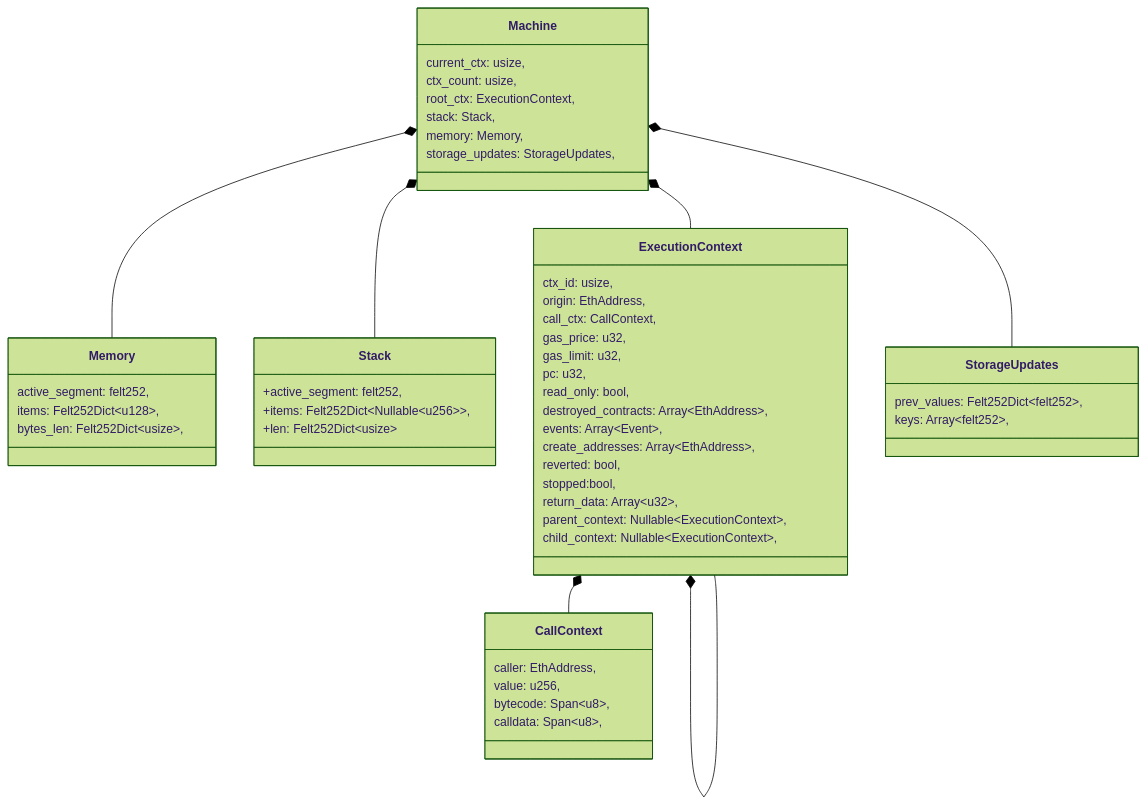
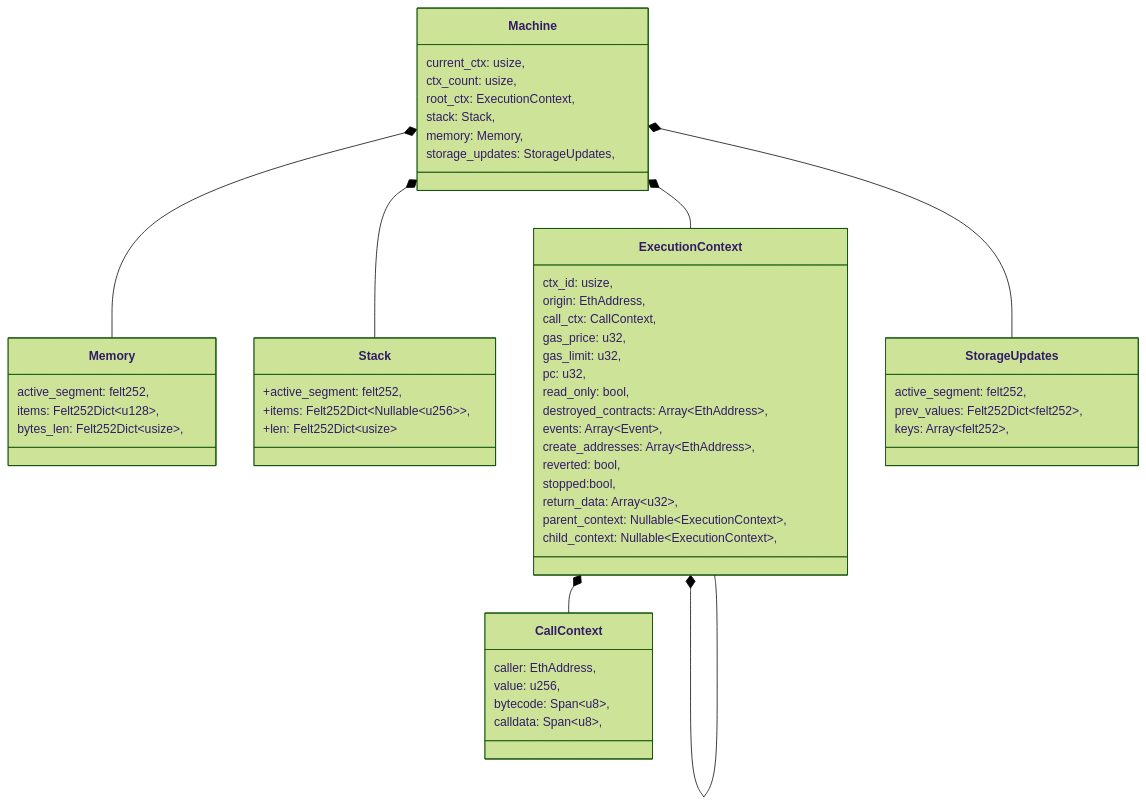
The diagram in docs/general/model/machine.md (kkrt-labs/kakarot-ssj), drawn with Mermaid (forest theme) before and after one commit. The commit also changed other lines of this file, not shown here.

````diff
--- a/docs/general/model/machine.md
+++ b/docs/general/model/machine.md
@@ -43,61 +43,62 @@
 ```mermaid
 classDiagram
     class Machine{
         current_ctx: usize,
         ctx_count: usize,
         root_ctx: ExecutionContext,
         stack: Stack,
         memory: Memory,
         storage_updates: StorageUpdates,
     }
 
     class Memory{
         active_segment: felt252,
         items: Felt252Dict~u128~,
         bytes_len: Felt252Dict~usize~,
     }
 
     class Stack{
         +active_segment: felt252,
         +items: Felt252Dict~Nullable~u256~~,
         +len: Felt252Dict~usize~
     }
 
     class ExecutionContext{
         ctx_id: usize,
         origin: EthAddress,
         call_ctx: CallContext,
         gas_price: u32,
         gas_limit: u32,
         pc: u32,
         read_only: bool,
         destroyed_contracts: Array~EthAddress~,
         events: Array~Event~,
         create_addresses: Array~EthAddress~,
         reverted: bool,
         stopped:bool,
         return_data: Array~u32~,
         parent_context: Nullable~ExecutionContext~,
         child_context: Nullable~ExecutionContext~,
     }
 
     class CallContext{
         caller: EthAddress,
         value: u256,
         bytecode: Span~u8~,
         calldata: Span~u8~,
     }
 
     class StorageUpdates{
+        active_segment: felt252,
         prev_values: Felt252Dict~felt252~,
         keys: Array~felt252~,
     }
 
 
     Machine *-- Memory
     Machine *-- Stack
     Machine *-- ExecutionContext
     Machine *-- StorageUpdates
     ExecutionContext *-- ExecutionContext
     ExecutionContext *-- CallContext
 ```
````
